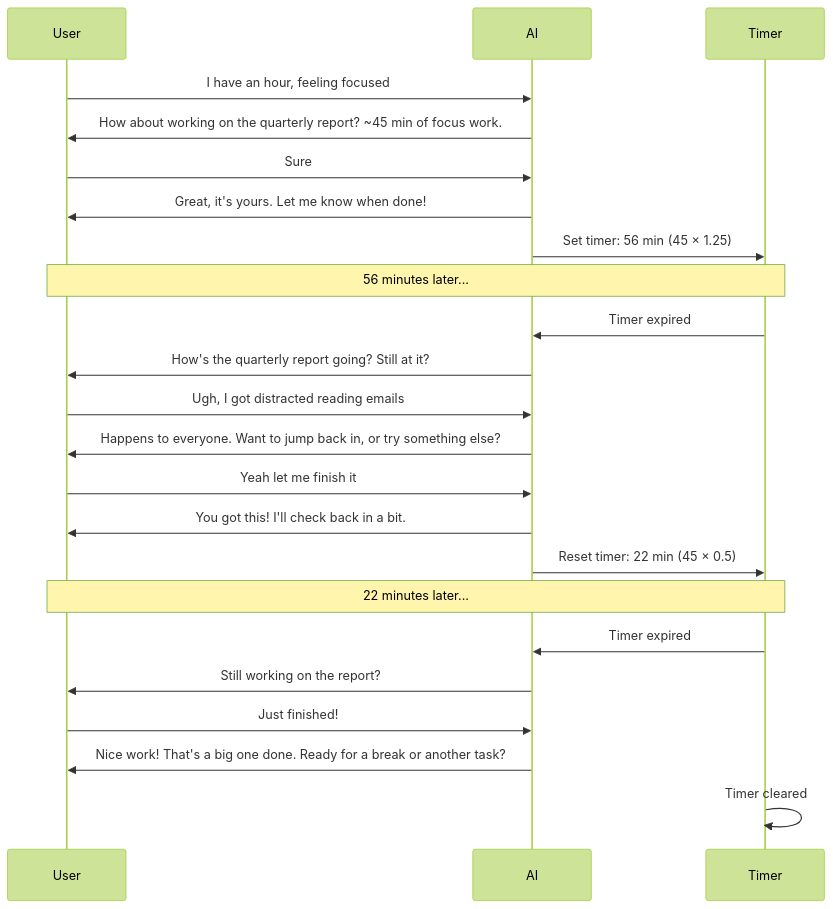
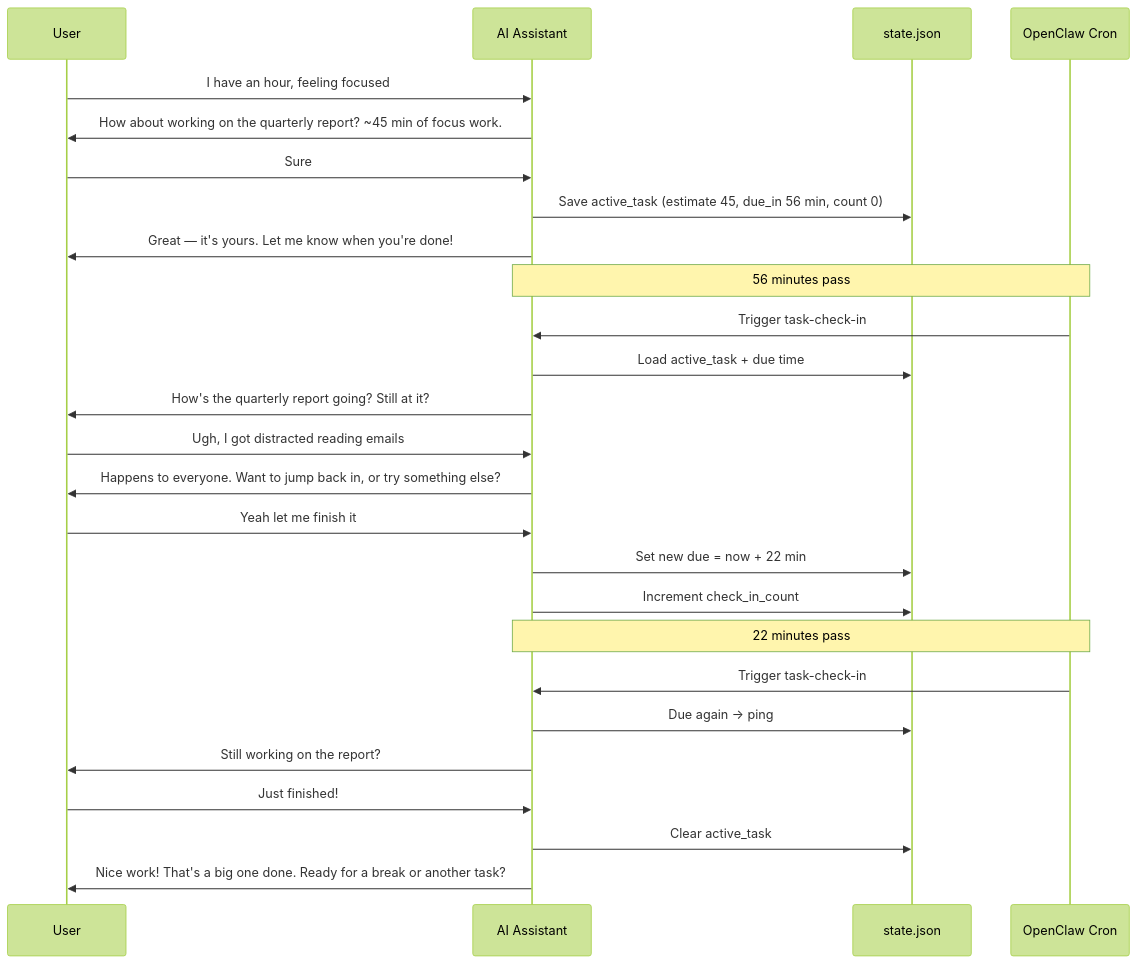
Diagram 28 of 28 in docs/user-interactions.md (NickBorgersProbably/hide-my-list), drawn with Mermaid (forest theme) before and after one commit. The commit also changed other lines of this file and 2 other files, not shown here.

Commit message:
Update check-in documentation for OpenClaw runtime

````diff
--- a/docs/user-interactions.md
+++ b/docs/user-interactions.md
@@ -931,33 +925,35 @@
 ```mermaid
 sequenceDiagram
     participant U as User
-    participant AI as AI
-    participant T as Timer
+    participant AI as AI Assistant
+    participant State as state.json
+    participant Cron as OpenClaw Cron
 
     U->>AI: I have an hour, feeling focused
     AI->>U: How about working on the quarterly report? ~45 min of focus work.
     U->>AI: Sure
-    AI->>U: Great, it's yours. Let me know when done!
-    AI->>T: Set timer: 56 min (45 × 1.25)
+    AI->>State: Save active_task (estimate 45, due_in 56 min, count 0)
+    AI->>U: Great — it's yours. Let me know when you're done!
 
-    Note over U,T: 56 minutes later...
+    Note over AI,Cron: 56 minutes pass
 
-    T->>AI: Timer expired
+    Cron->>AI: Trigger task-check-in
+    AI->>State: Load active_task + due time
     AI->>U: How's the quarterly report going? Still at it?
 
     U->>AI: Ugh, I got distracted reading emails
     AI->>U: Happens to everyone. Want to jump back in, or try something else?
+    U->>AI: Yeah let me finish it
+    AI->>State: Set new due = now + 22 min
+    AI->>State: Increment check_in_count
 
-    U->>AI: Yeah let me finish it
-    AI->>U: You got this! I'll check back in a bit.
-    AI->>T: Reset timer: 22 min (45 × 0.5)
+    Note over AI,Cron: 22 minutes pass
 
-    Note over U,T: 22 minutes later...
-
-    T->>AI: Timer expired
+    Cron->>AI: Trigger task-check-in
+    AI->>State: Due again → ping
     AI->>U: Still working on the report?
 
     U->>AI: Just finished!
+    AI->>State: Clear active_task
     AI->>U: Nice work! That's a big one done. Ready for a break or another task?
-    T->>T: Timer cleared
 ```
````
